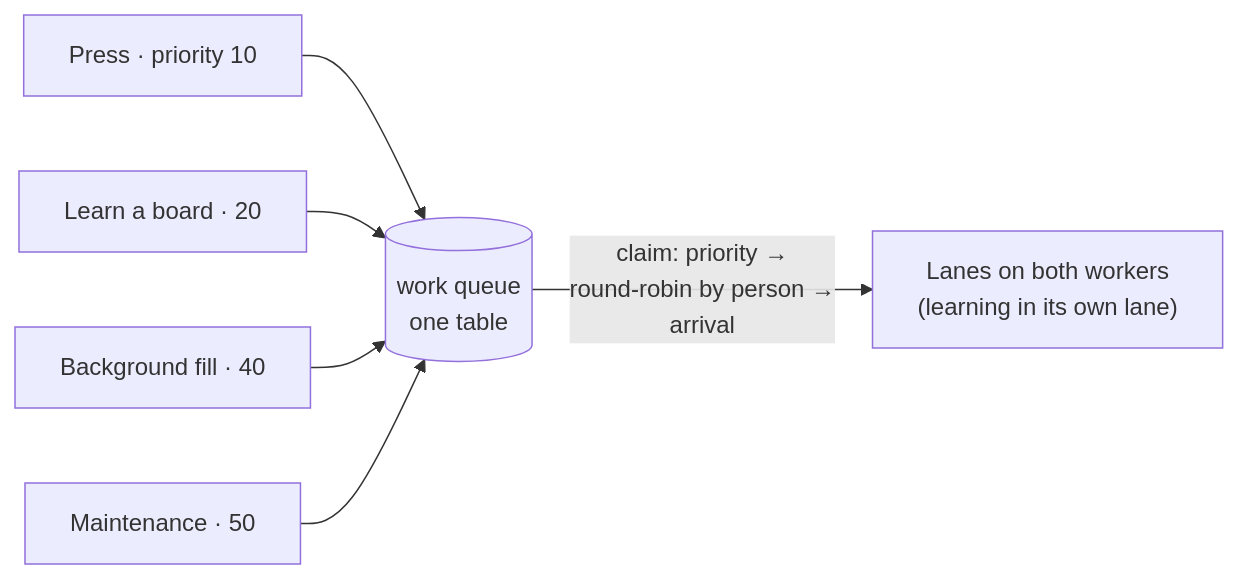
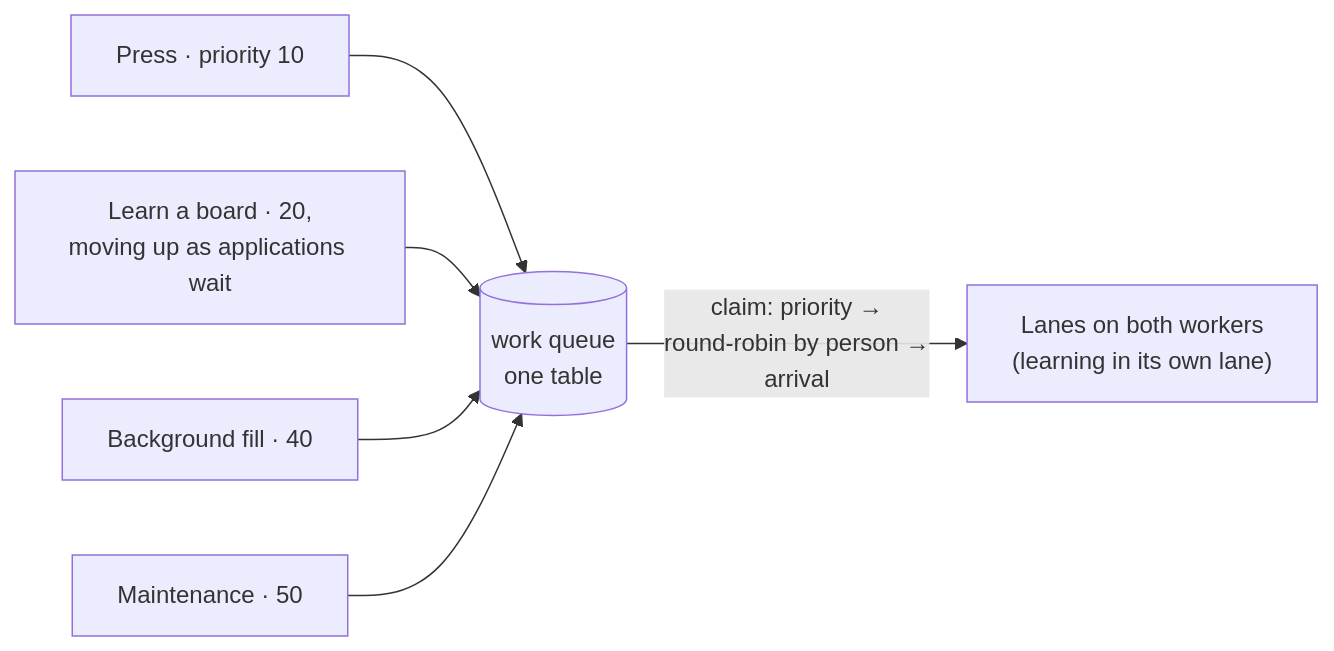
The second of 3 diagrams in docs/3-v3-vps.md (arnavramidi/demp-architecture), drawn with Mermaid before and after one commit. The commit also changed other lines of this file and 5 other files, not shown here.

First line of the commit message:
docs: fix learning flow after review

````diff
--- a/docs/3-v3-vps.md
+++ b/docs/3-v3-vps.md
@@ -61,8 +61,8 @@
 ```mermaid
 flowchart LR
     P["Press · priority 10"] --> Q[("work queue<br/>one table")]
-    LRN["Learn a board · 20"] --> Q
+    LRN["Learn a board · 20,<br/>moving up as applications wait"] --> Q
     F["Background fill · 40"] --> Q
     M["Maintenance · 50"] --> Q
     Q -->|"claim: priority →<br/>round-robin by person →<br/>arrival"| LANES["Lanes on both workers<br/>(learning in its own lane)"]
 ```
````
